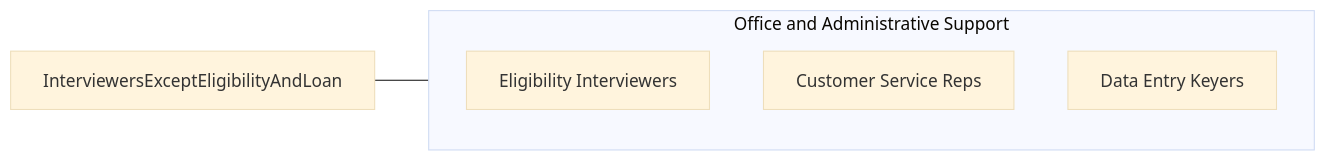
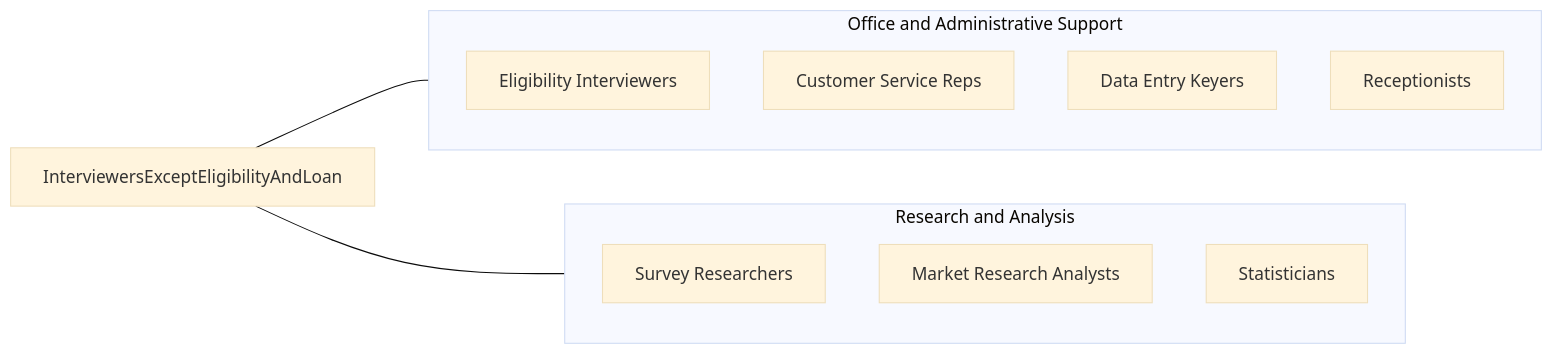
Before and after one commit to kziemski/business.org.ai: the fourth of 4 diagrams in occupations/Administrative/InterviewersExceptEligibilityAndLoan.mdx, drawn with Mermaid (base theme). The commit also changed other lines of this file and 19 other files, not shown here.

````diff
--- a/occupations/Administrative/InterviewersExceptEligibilityAndLoan.mdx
+++ b/occupations/Administrative/InterviewersExceptEligibilityAndLoan.mdx
@@ -100,10 +225,20 @@
 ```mermaid
 graph LR
     Current["InterviewersExceptEligibilityAndLoan"]
+
     subgraph SameCategory["Office and Administrative Support"]
-        REligibilityInterviewers["Eligibility Interviewers"]
-        RCustomerServiceReps["Customer Service Reps"]
-        RDataEntryKeyers["Data Entry Keyers"]
+        EligibilityInterviewers["Eligibility Interviewers"]
+        CustomerServiceReps["Customer Service Reps"]
+        DataEntryKeyers["Data Entry Keyers"]
+        Receptionists["Receptionists"]
     end
+
+    subgraph CrossFunctional["Research and Analysis"]
+        SurveyResearchers["Survey Researchers"]
+        MarketAnalysts["Market Research Analysts"]
+        Statisticians["Statisticians"]
+    end
+
     Current --- SameCategory
+    Current --- CrossFunctional
 ```
````
